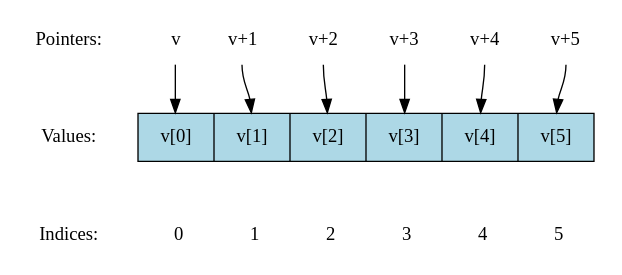
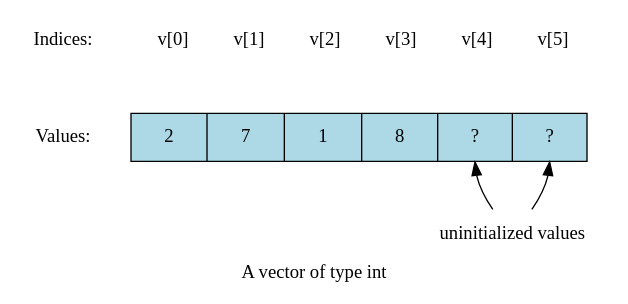
One commit to DaveParillo/intermediate-cpp changed the first of 10 diagrams in _sources/containers/sequence-containers.rst. Above: the diagram before and after it, drawn with Graphviz. The commit also changed other lines of this file, not shown here.

Commit message:
refactored diagrams, added footnotes

```diff
--- a/_sources/containers/sequence-containers.rst
+++ b/_sources/containers/sequence-containers.rst
@@ -94,24 +92,21 @@
 .. graphviz:: 
+   :alt: A vector of type int
 
    digraph {
-     node [shape=plaintext, fontsize=14];
-     "Pointers:" -> "Values:" -> "Indices:" [color=white];
+     graph [fontname = "Bitstream Vera Sans", 
+            labelloc=b,
+            label="A vector of type int"
+     ];
+     node [fontname = "Bitstream Vera Sans", fontsize=14, shape=plaintext];
+     "Indices:" -> "Values:" [color=white];
+     "uninitialized values";
 
-     node [shape=record, fontcolor=black, fontsize=14, width=4.75, fixedsize=true];
-     pointers [label="<f0> v | <f1> v+1 | <f2> v+2 | <f3> v+3 | <f4> v+4 | <f5> v+5", color=white];
-     values [label="<f0> v[0] | <f1> v[1] | <f2> v[2] | <f3> v[3] | <f4> v[4] | <f5> v[5]", 
+     node [shape=record, width=4.75, fixedsize=true];
+     indices [label="v[0] | v[1] | v[2] | v[3]| v[4] | v[5]", color=white];
+     values [label="<f0> 2 | <f1> 7 | <f2> 1 | <f3> 8 | <f4> ? | <f5> ? ", 
              color=black, fillcolor=lightblue, style=filled];
-     indices [label="0 | 1 | 2 | 3| 4 | 5", color=white];
 
-     { rank=same; "Pointers:"; pointers }
+     values:f4,values:f5 -> "uninitialized values" [dir=back];
      { rank=same; "Values:"; values }
      { rank=same; "Indices:"; indices }
-
-     edge [color=black];
-     pointers:f0 -> values:f0;
-     pointers:f1 -> values:f1;
-     pointers:f2 -> values:f2;
-     pointers:f3 -> values:f3;
-     pointers:f4 -> values:f4;
-     pointers:f5 -> values:f5;
    }
```
